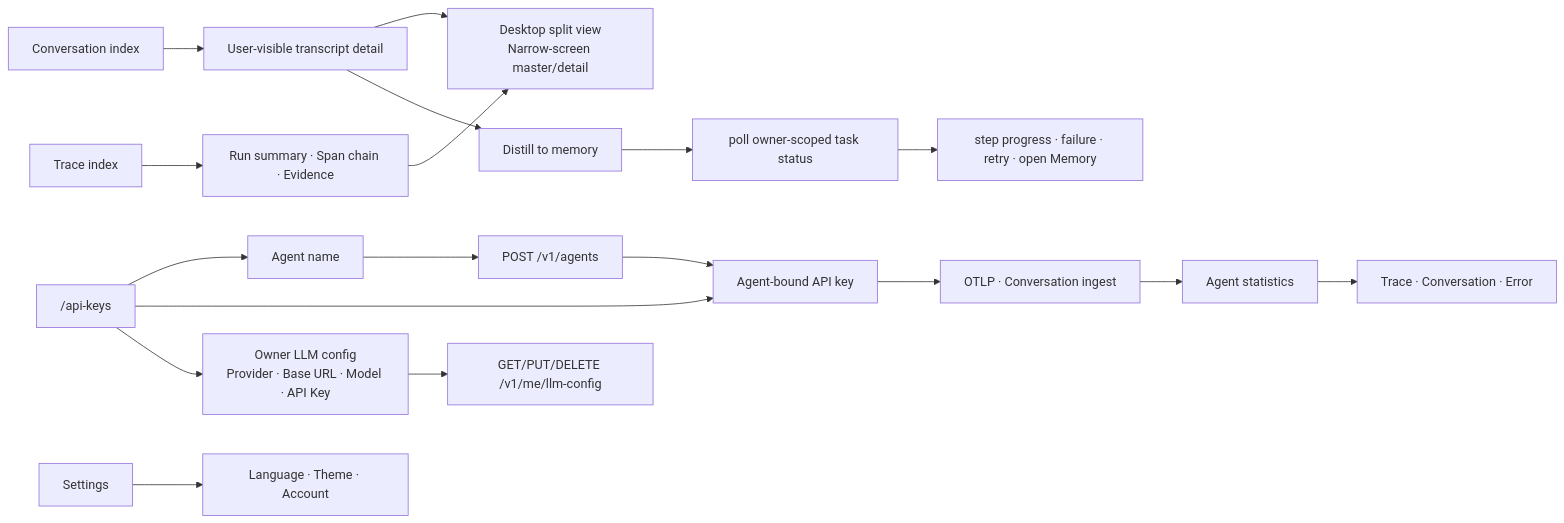
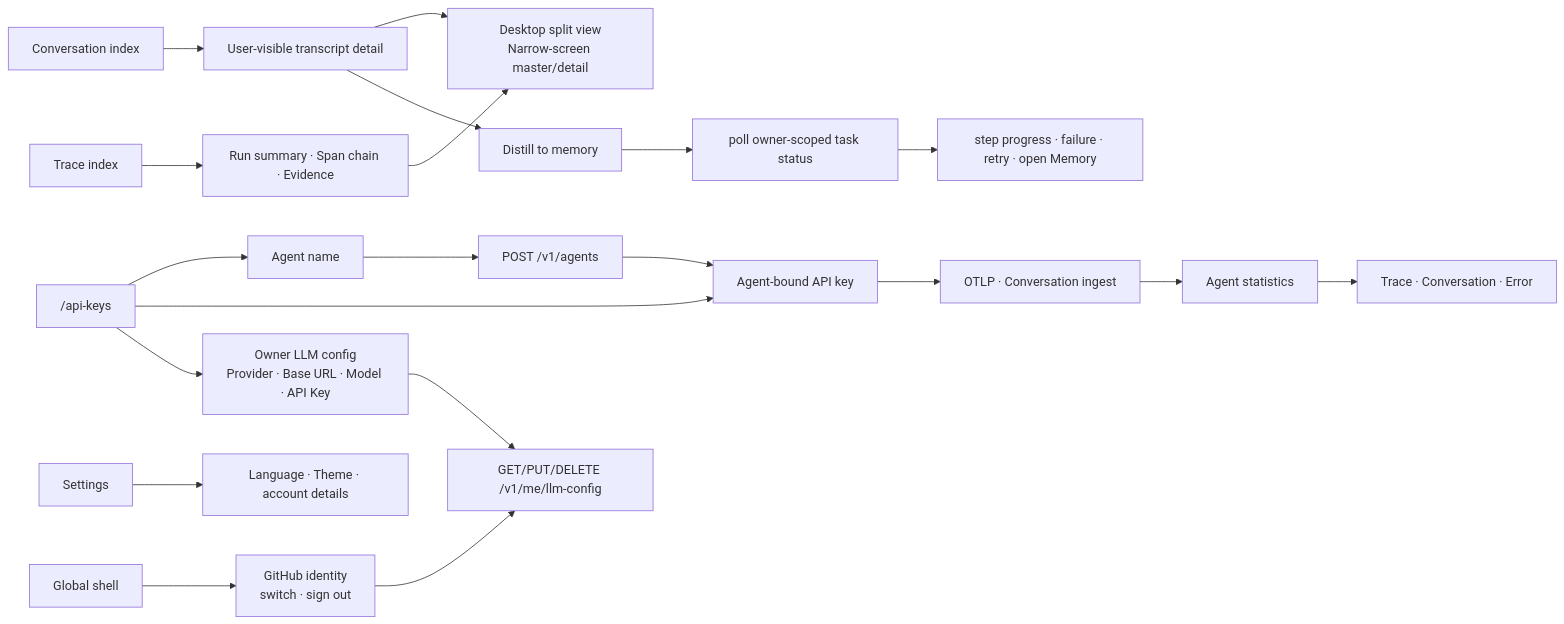
The second of 2 diagrams in catena-web/SPEC.md (fightheyyy/CATENA), drawn with Mermaid before and after one commit. The commit also changed other lines of this file and 4 other files, not shown here.

Commit message:
Add global account switcher

````diff
--- a/catena-web/SPEC.md
+++ b/catena-web/SPEC.md
@@ -28,20 +30,22 @@
 ```mermaid
 flowchart LR
     Conversation["Conversation index"] --> ConversationDetail["User-visible transcript detail"]
     Trace["Trace index"] --> TraceDetail["Run summary · Span chain · Evidence"]
     ConversationDetail --> Responsive["Desktop split view<br/>Narrow-screen master/detail"]
     ConversationDetail --> Submit["Distill to memory"]
     Submit --> Poll["poll owner-scoped task status"]
     Poll --> Progress["step progress · failure · retry · open Memory"]
     TraceDetail --> Responsive
     Stats["Agent statistics"] --> Evidence["Trace · Conversation · Error"]
     Keys["/api-keys"] --> Name["Agent name"]
     Name --> API["POST /v1/agents"]
     API --> Credential["Agent-bound API key"]
     Keys --> Credential
     Keys --> ModelConfig["Owner LLM config<br/>Provider · Base URL · Model · API Key"]
     ModelConfig --> Go["GET/PUT/DELETE /v1/me/llm-config"]
     Credential --> Ingest["OTLP · Conversation ingest"]
     Ingest --> Stats
-    Settings["Settings"] --> Preferences["Language · Theme · Account"]
+    Settings["Settings"] --> Preferences["Language · Theme · account details"]
+    Shell["Global shell"] --> AccountMenu["GitHub identity<br/>switch · sign out"]
+    AccountMenu --> Go
 ```
````
